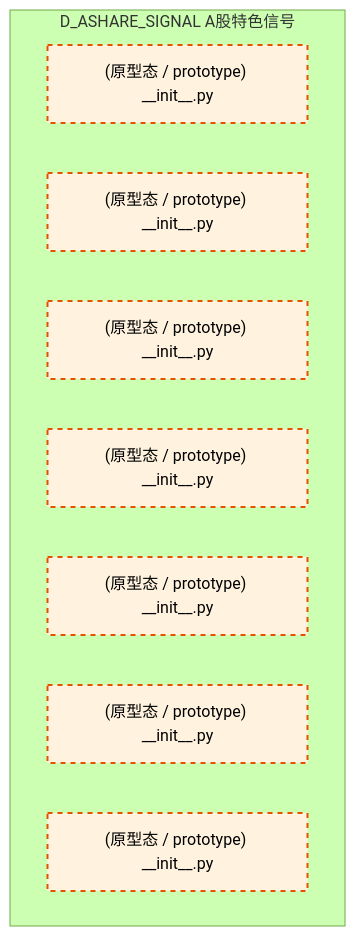
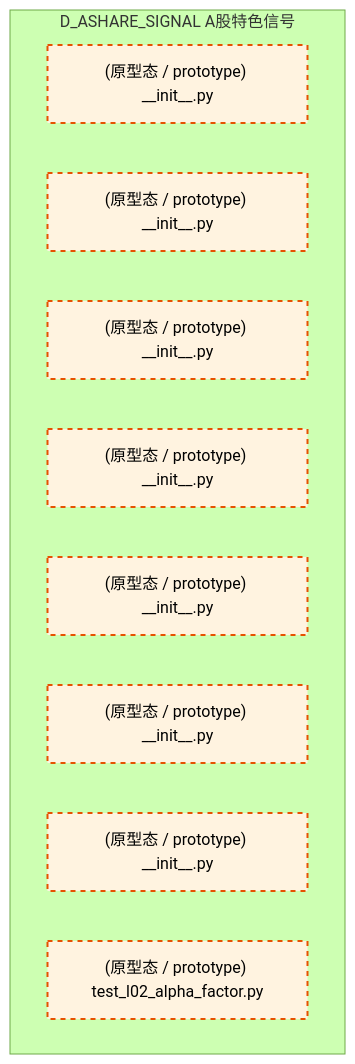
The first of 2 diagrams in docs/02_enterprise_architecture/02_domain_architecture_docs/27_d_ashare_signal.md (xuanFelixVan/ZephyrAlpha), drawn with Mermaid (forest theme) before and after one commit. The commit also changed other lines of this file and 124 other files, not shown here.

````diff
--- a/docs/02_enterprise_architecture/02_domain_architecture_docs/27_d_ashare_signal.md
+++ b/docs/02_enterprise_architecture/02_domain_architecture_docs/27_d_ashare_signal.md
@@ -70,17 +71,18 @@
 ```mermaid
 graph TD
     subgraph D_ASHARE_SIGNAL["D_ASHARE_SIGNAL A股特色信号"]
         src_zephyr_signal_ashare_init_py["(原型态 / prototype) __init__.py"]
         src_zephyr_signal_ashare_extensions_init_py["(原型态 / prototype) __init__.py"]
         src_zephyr_signal_ashare_api_init_py["(原型态 / prototype) __init__.py"]
         src_zephyr_signal_ashare_core_init_py["(原型态 / prototype) __init__.py"]
         src_zephyr_signal_ashare_infrastructure_init_py["(原型态 / prototype) __init__.py"]
         src_zephyr_signal_ashare_models_init_py["(原型态 / prototype) __init__.py"]
         src_zephyr_signal_ashare_services_init_py["(原型态 / prototype) __init__.py"]
+        tests_alpha_signal_test_l02_alpha_factor_py["(原型态 / prototype) test_l02_alpha_factor.py"]
     end
     classDef production fill:#e1f5fe,stroke:#01579b,stroke-width:2px,color:#000
     classDef design fill:#fff3e0,stroke:#e65100,stroke-width:2px,color:#000,stroke-dasharray: 5 5
     classDef external_prod fill:#e8f5e9,stroke:#1b5e20,stroke-width:1px,color:#000
     classDef external_design fill:#fce4ec,stroke:#880e4f,stroke-width:1px,color:#000,stroke-dasharray: 5 5
-    class src_zephyr_signal_ashare_init_py,src_zephyr_signal_ashare_extensions_init_py,src_zephyr_signal_ashare_api_init_py,src_zephyr_signal_ashare_core_init_py,src_zephyr_signal_ashare_infrastructure_init_py,src_zephyr_signal_ashare_models_init_py,src_zephyr_signal_ashare_services_init_py design
+    class src_zephyr_signal_ashare_init_py,src_zephyr_signal_ashare_extensions_init_py,src_zephyr_signal_ashare_api_init_py,src_zephyr_signal_ashare_core_init_py,src_zephyr_signal_ashare_infrastructure_init_py,src_zephyr_signal_ashare_models_init_py,src_zephyr_signal_ashare_services_init_py,tests_alpha_signal_test_l02_alpha_factor_py design
 ```
````
